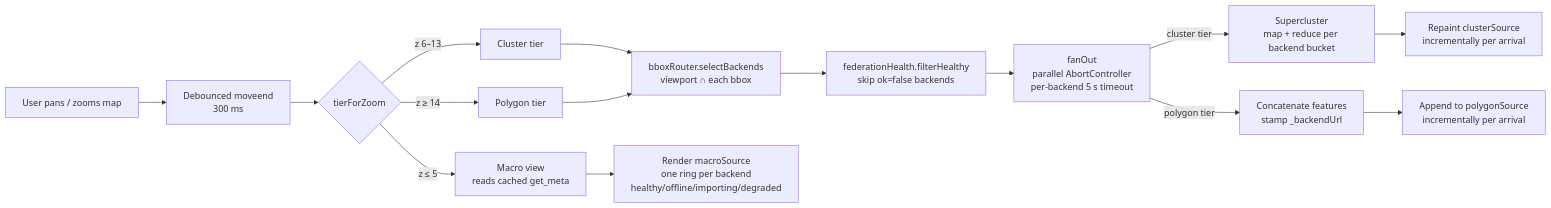
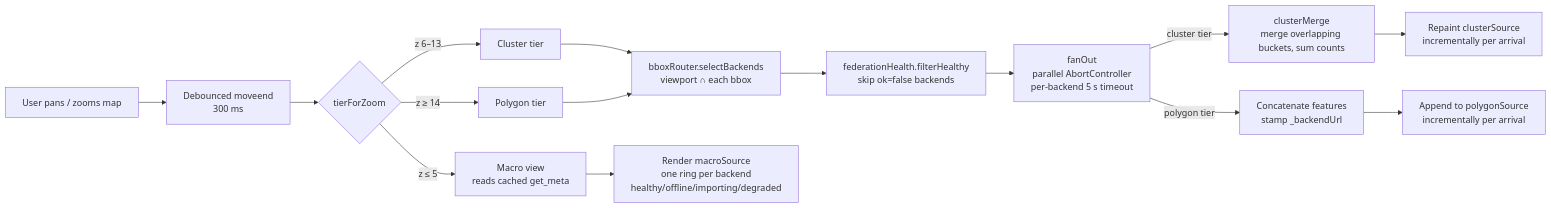
Before and after one commit to mfuhrmann/spieli: the diagram in docs/reference/federation.md, drawn with Mermaid. The commit also changed other lines of this file and 13 other files, not shown here.

````diff
--- a/docs/reference/federation.md
+++ b/docs/reference/federation.md
@@ -150,22 +150,22 @@
 ```mermaid
 flowchart LR
     user[User pans / zooms map] --> moveend[Debounced moveend<br/>300 ms]
     moveend --> tier{tierForZoom}
     tier -- "z ≤ 5" --> macro[Macro view<br/>reads cached get_meta]
     tier -- "z 6–13" --> cluster[Cluster tier]
     tier -- "z ≥ 14" --> polygon[Polygon tier]
 
     cluster --> bbox[bboxRouter.selectBackends<br/>viewport ∩ each bbox]
     polygon --> bbox
 
     bbox --> health[federationHealth.filterHealthy<br/>skip ok=false backends]
     health --> fanout[fanOut<br/>parallel AbortController<br/>per-backend 5 s timeout]
 
-    fanout -- "cluster tier" --> sc[Supercluster<br/>map + reduce per backend bucket]
+    fanout -- "cluster tier" --> sc[clusterMerge<br/>merge overlapping buckets, sum counts]
     fanout -- "polygon tier" --> concat[Concatenate features<br/>stamp _backendUrl]
 
     sc --> render[Repaint clusterSource<br/>incrementally per arrival]
     concat --> render2[Append to polygonSource<br/>incrementally per arrival]
 
     macro --> macroLayer[Render macroSource<br/>one ring per backend<br/>healthy/offline/importing/degraded]
 ```
````
